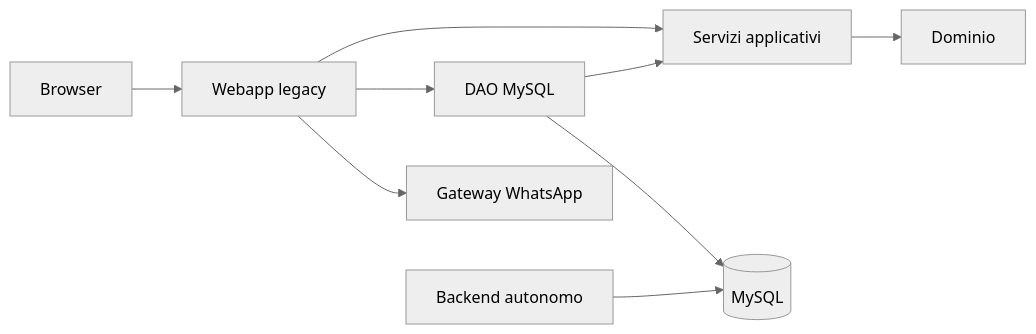
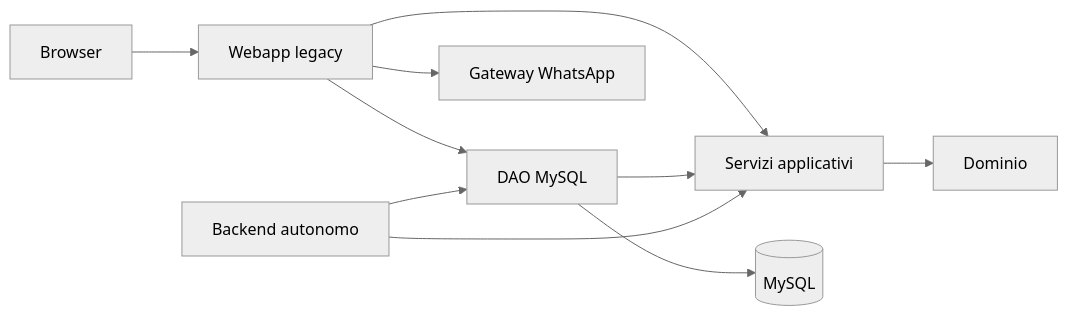
One commit to SimoX26/Fisio-e-Sports changed the diagram in docs/architecture/03-struttura-componenti.md. Above: the diagram before and after it, drawn with Mermaid (neutral theme). The commit also changed other lines of this file and 16 other files, not shown here.

````diff
--- a/docs/architecture/03-struttura-componenti.md
+++ b/docs/architecture/03-struttura-componenti.md
@@ -28,11 +28,12 @@
 ```mermaid
 flowchart LR
   Browser --> Web[Webapp legacy]
   Web --> Application[Servizi applicativi]
   Application --> Domain[Dominio]
   Web --> Persistence[DAO MySQL]
   Persistence --> Application
   Persistence --> DB[(MySQL)]
-  Backend[Backend autonomo] --> DB
+  Backend[Backend autonomo] --> Application
+  Backend --> Persistence
   Web --> Baileys[Gateway WhatsApp]
 ```
````
